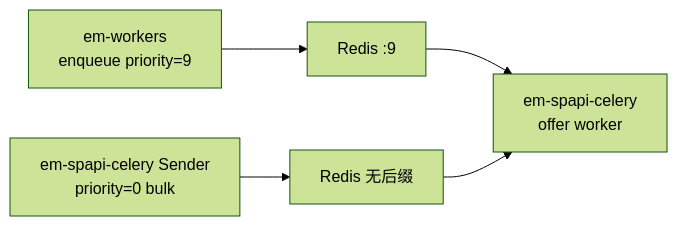
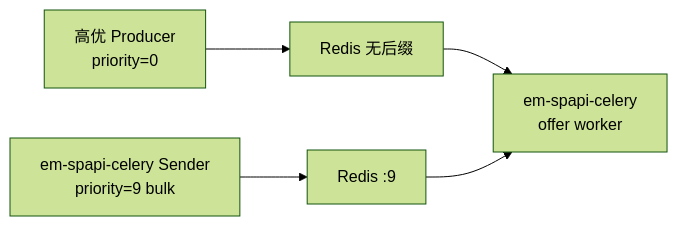
The diagram in docs/PRIORITY_QUEUE.md (AriseshineSky/em-spapi-celery), drawn with Mermaid (forest theme) before and after one commit. The commit also changed other lines of this file and 17 other files, not shown here.

First line of the commit message:
Align Celery Redis priority with official semantics and tune SP-API rate limits.

````diff
--- a/docs/PRIORITY_QUEUE.md
+++ b/docs/PRIORITY_QUEUE.md
@@ -195,13 +183,13 @@
 ```mermaid
 flowchart LR
-    EW["em-workers\nenqueue priority=9"]
-    ES["em-spapi-celery Sender\npriority=0 bulk"]
+    HP["高优 Producer\npriority=0"]
+    ES["em-spapi-celery Sender\npriority=9 bulk"]
+    R0["Redis 无后缀"]
     R9["Redis :9"]
-    R0["Redis 无后缀"]
     W["em-spapi-celery\noffer worker"]
 
-    EW --> R9
-    ES --> R0
+    HP --> R0
+    ES --> R9
+    R0 --> W
     R9 --> W
-    R0 --> W
 ```
````
